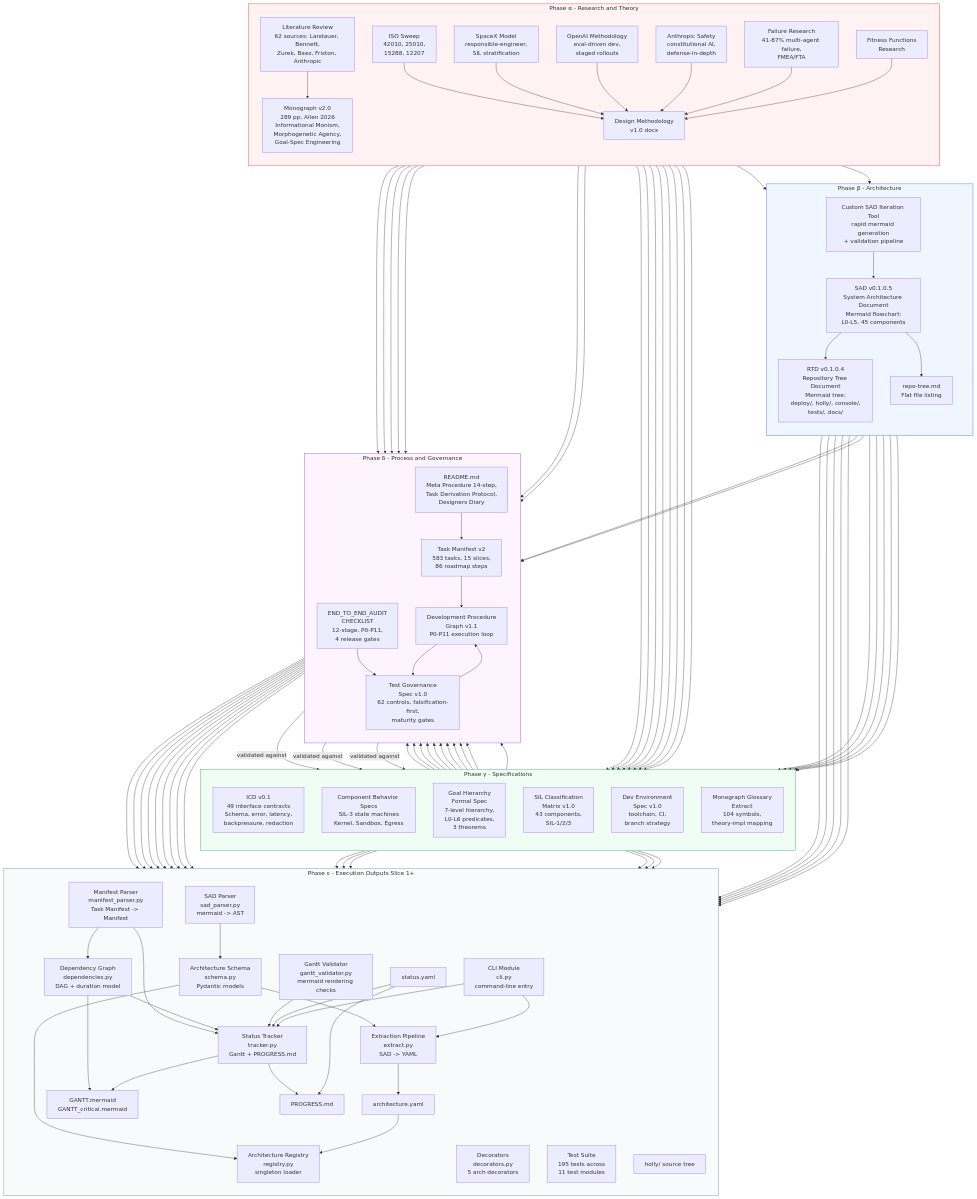
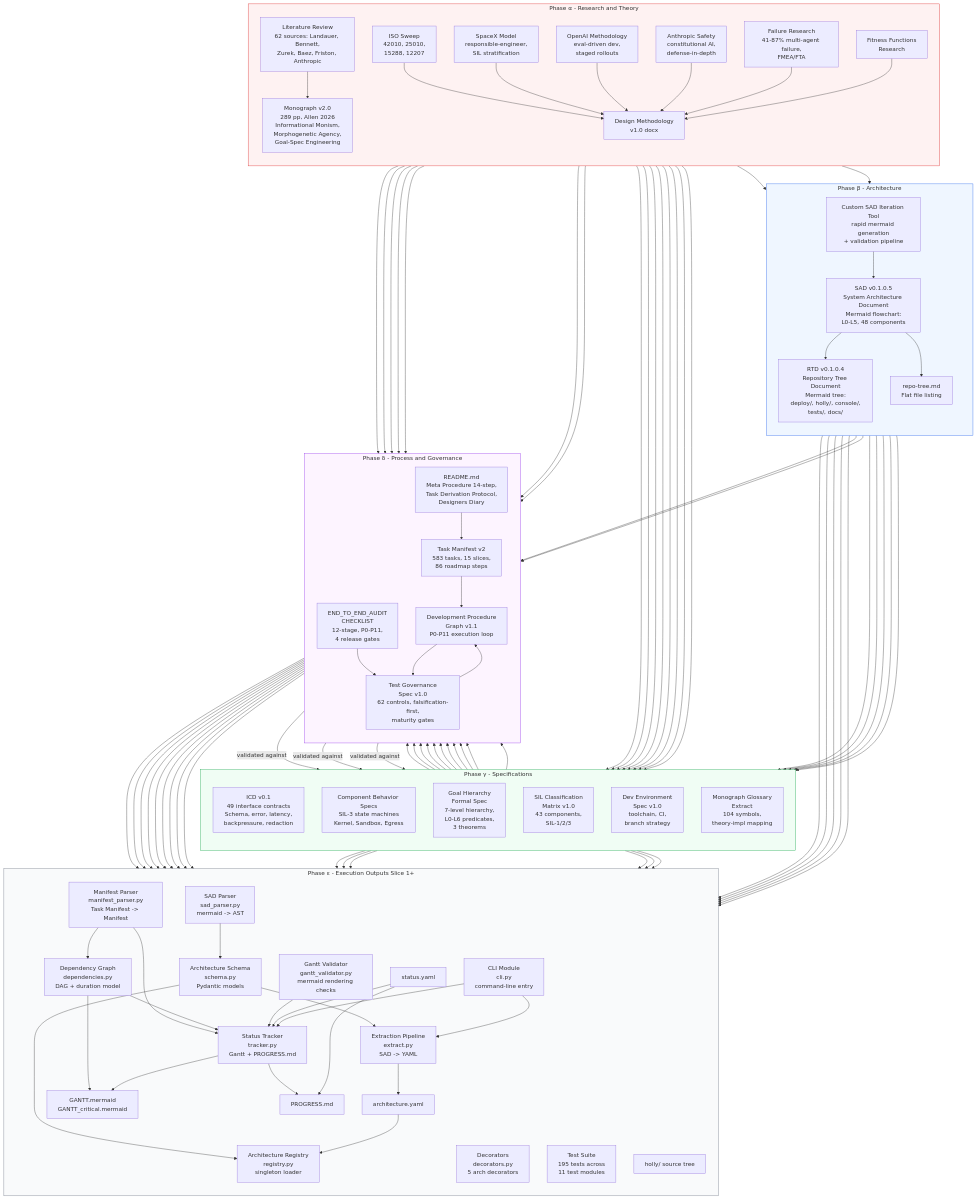
One commit to 1seansean1/ecom-agents changed the diagram in docs/architecture/Artifact_Genealogy.md. Above: the diagram before and after it, drawn with Mermaid. The commit also changed other lines of this file and 7 other files, not shown here.

```diff
--- a/docs/architecture/Artifact_Genealogy.md
+++ b/docs/architecture/Artifact_Genealogy.md
@@ -39,7 +39,7 @@
     subgraph BETA["Phase β - Architecture"]
         direction TB
         SADTOOL["Custom SAD Iteration Tool\nrapid mermaid generation\n+ validation pipeline"]
-        SAD["SAD v0.1.0.5\nSystem Architecture Document\nMermaid flowchart:\nL0-L5, 45 components"]
+        SAD["SAD v0.1.0.5\nSystem Architecture Document\nMermaid flowchart:\nL0-L5, 48 components"]
         RTD["RTD v0.1.0.4\nRepository Tree Document\nMermaid tree:\ndeploy/, holly/, console/,\ntests/, docs/"]
         REPOTREE["repo-tree.md\nFlat file listing"]
     end
```
